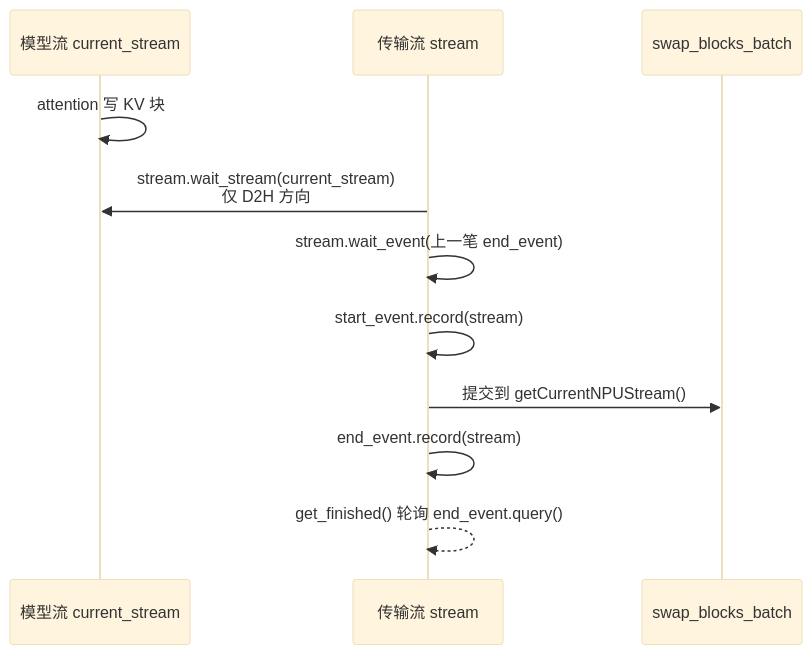
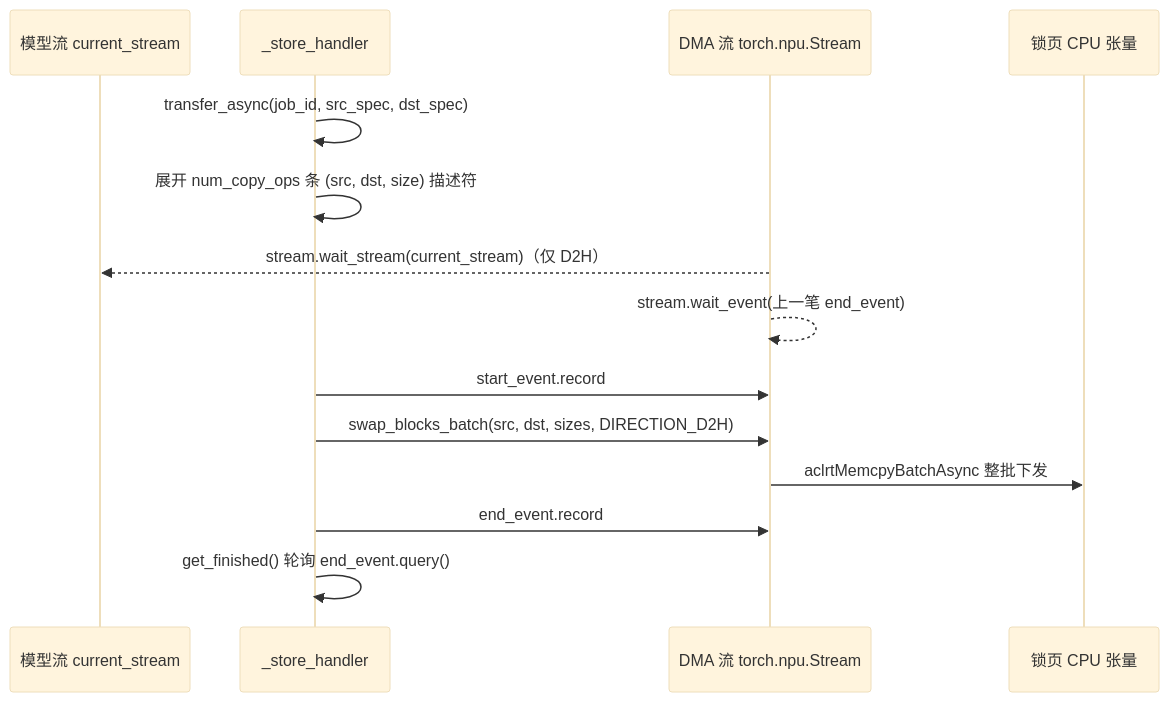
The second of 2 diagrams in wiki/concepts/kv-cache-cpu-offload.md (BailanCaptain/infer-lab), drawn with Mermaid (base theme) before and after one commit. The commit also changed other lines of this file and 30 other files, not shown here.

First line of the commit message:
feat(F001): 11 页按图重写完成——答案从读一页变成读四页并按关系组织

````diff
--- a/wiki/concepts/kv-cache-cpu-offload.md
+++ b/wiki/concepts/kv-cache-cpu-offload.md
@@ -95,13 +87,16 @@
 ```mermaid
 sequenceDiagram
     participant M as 模型流 current_stream
-    participant S as 传输流 stream
-    participant K as swap_blocks_batch
-    M->>M: attention 写 KV 块
-    S->>M: stream.wait_stream(current_stream)<br/>仅 D2H 方向
-    S->>S: stream.wait_event(上一笔 end_event)
-    S->>S: start_event.record(stream)
-    S->>K: 提交到 getCurrentNPUStream()
-    S->>S: end_event.record(stream)
-    S-->>S: get_finished() 轮询 end_event.query()
+    participant H as _store_handler
+    participant S as DMA 流 torch.npu.Stream
+    participant C as 锁页 CPU 张量
+    H->>H: transfer_async(job_id, src_spec, dst_spec)
+    H->>H: 展开 num_copy_ops 条 (src, dst, size) 描述符
+    S-->>M: stream.wait_stream(current_stream)（仅 D2H）
+    S-->>S: stream.wait_event(上一笔 end_event)
+    H->>S: start_event.record
+    H->>S: swap_blocks_batch(src, dst, sizes, DIRECTION_D2H)
+    S->>C: aclrtMemcpyBatchAsync 整批下发
+    H->>S: end_event.record
+    H->>H: get_finished() 轮询 end_event.query()
 ```
````
